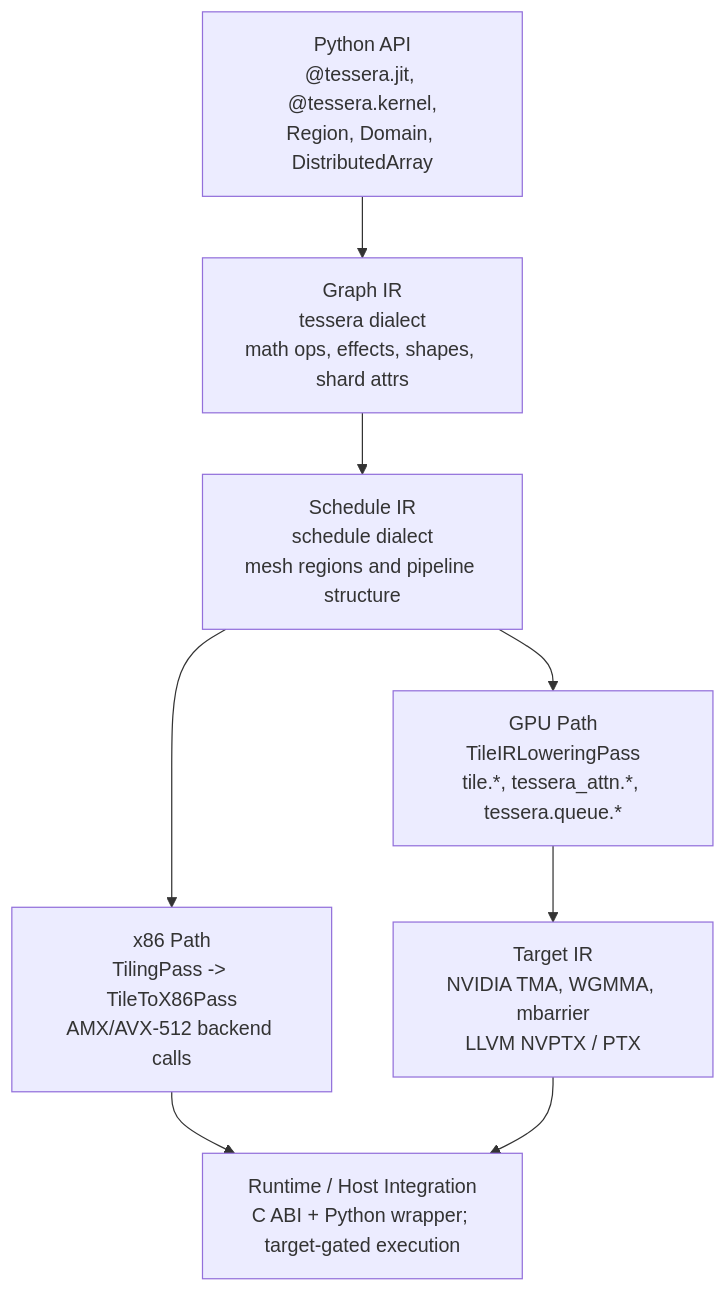
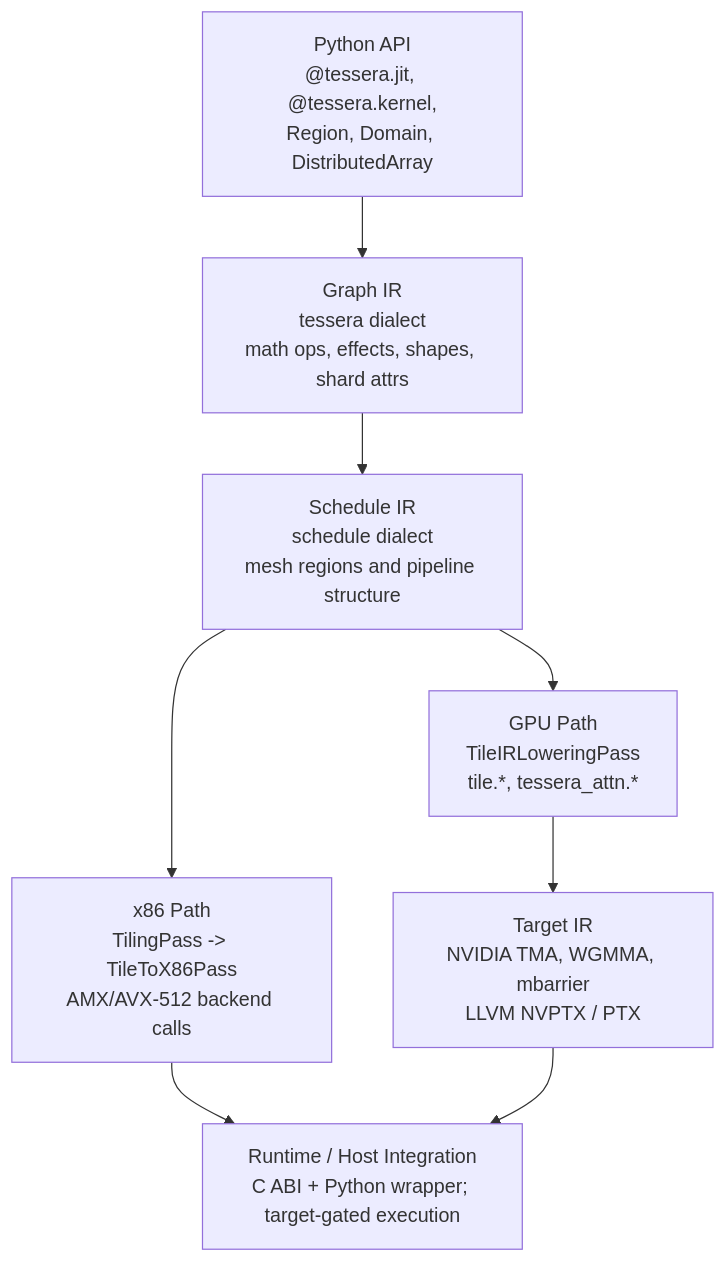
The diagram in docs/architecture/README.md (gstoner/tessera), drawn with Mermaid before and after one commit. The commit also changed 10 other files, not shown here.

First line of the commit message:
docs: sweep remaining prose for the deleted tessera.queue MLIR dialect

````diff
--- a/docs/architecture/README.md
+++ b/docs/architecture/README.md
@@ -22,10 +22,10 @@
 ```mermaid
 flowchart TD
   A["Python API<br/>@tessera.jit, @tessera.kernel,<br/>Region, Domain, DistributedArray"] --> B["Graph IR<br/>tessera dialect<br/>math ops, effects, shapes, shard attrs"]
   B --> C["Schedule IR<br/>schedule dialect<br/>mesh regions and pipeline structure"]
   C --> D1["x86 Path<br/>TilingPass -> TileToX86Pass<br/>AMX/AVX-512 backend calls"]
-  C --> D2["GPU Path<br/>TileIRLoweringPass<br/>tile.*, tessera_attn.*, tessera.queue.*"]
+  C --> D2["GPU Path<br/>TileIRLoweringPass<br/>tile.*, tessera_attn.*"]
   D2 --> E["Target IR<br/>NVIDIA TMA, WGMMA, mbarrier<br/>LLVM NVPTX / PTX"]
   D1 --> F["Runtime / Host Integration<br/>C ABI + Python wrapper; target-gated execution"]
   E --> F
 ```
````
